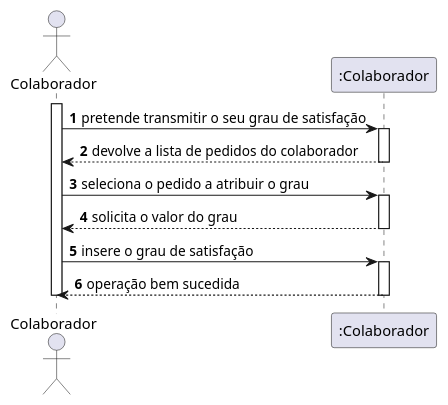
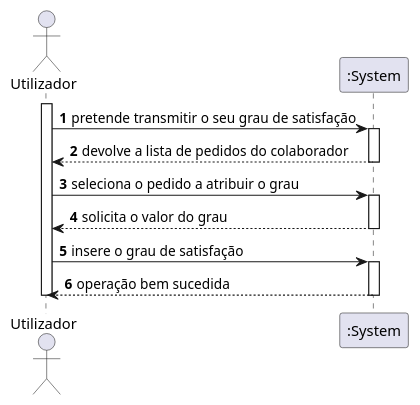
One commit to pedrolemos4/LAPR4 changed the diagram in docs/Sprint D/1190769/US3051/SSD.puml. Above: the diagram before and after it, drawn with PlantUML. The commit also changed 2 other files, not shown here.

```diff
--- a/docs/Sprint D/1190769/US3051/SSD.puml
+++ b/docs/Sprint D/1190769/US3051/SSD.puml
@@ -1,22 +1,22 @@
 @startuml
 autonumber
-actor "Colaborador" as USR
+actor "Utilizador" as USR
 
 activate USR
-USR -> ":Colaborador" : pretende transmitir o seu grau de satisfação
-activate ":Colaborador"
-":Colaborador" --> USR : devolve a lista de pedidos do colaborador
-deactivate ":Colaborador"
+USR -> ":System" : pretende transmitir o seu grau de satisfação
+activate ":System"
+":System" --> USR : devolve a lista de pedidos do colaborador
+deactivate ":System"
 
-USR -> ":Colaborador" : seleciona o pedido a atribuir o grau
-activate ":Colaborador"
-":Colaborador" --> USR : solicita o valor do grau
-deactivate ":Colaborador"
+USR -> ":System" : seleciona o pedido a atribuir o grau
+activate ":System"
+":System" --> USR : solicita o valor do grau
+deactivate ":System"
 
-USR -> ":Colaborador" : insere o grau de satisfação
-activate ":Colaborador"
-":Colaborador" --> USR : operação bem sucedida
-deactivate ":Colaborador"
+USR -> ":System" : insere o grau de satisfação
+activate ":System"
+":System" --> USR : operação bem sucedida
+deactivate ":System"
 
 deactivate USR
 @enduml
```
